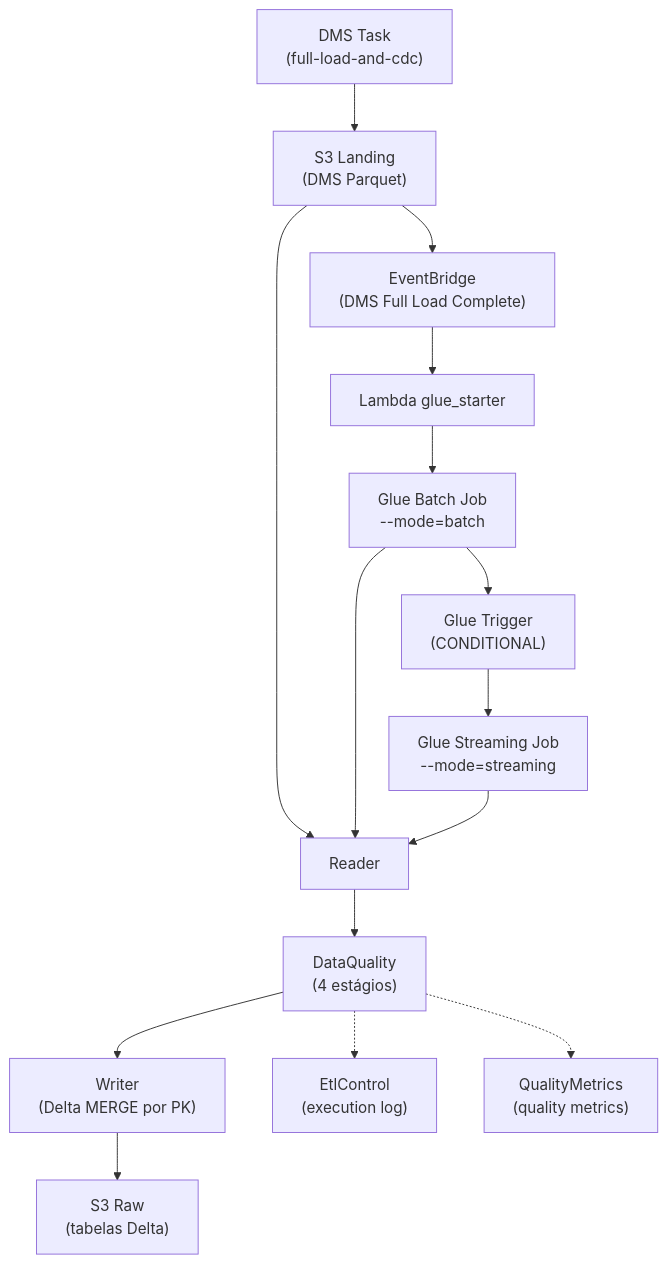
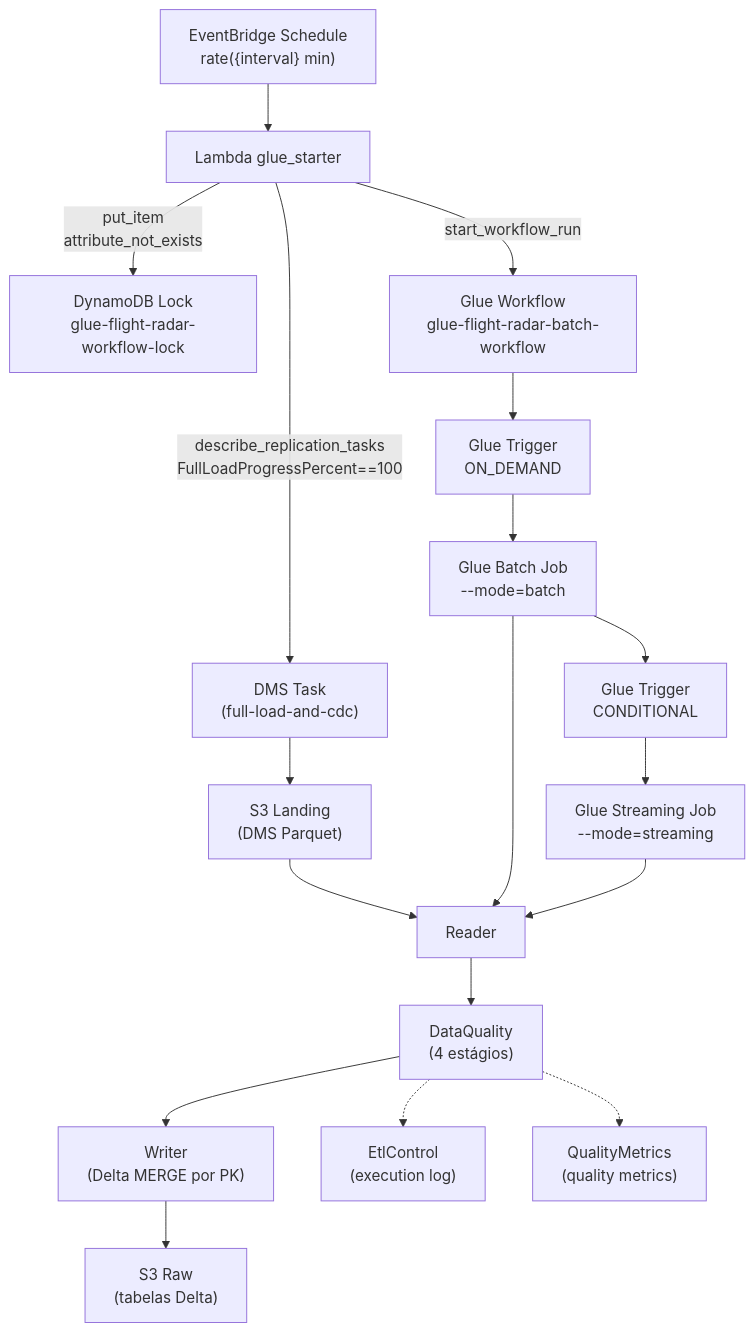
One commit to jamilvilela/aws-streaming-flight-radar-glue changed the diagram in docs-sdd/skill.md. Above: the diagram before and after it, drawn with Mermaid. The commit also changed other lines of this file and 18 other files, not shown here.

First line of the commit message:
feat: refactor Glue workflow trigger to use EventBridge schedule and add DynamoDB lock

````diff
--- a/docs-sdd/skill.md
+++ b/docs-sdd/skill.md
@@ -29,31 +29,37 @@
 ```mermaid
 flowchart TD
     DMS["DMS Task<br/>(full-load-and-cdc)"]
     LAND["S3 Landing<br/>(DMS Parquet)"]
-    EVB["EventBridge<br/>(DMS Full Load Complete)"]
+    SCHED["EventBridge Schedule<br/>rate({interval} min)"]
     LAMBDA["Lambda glue_starter"]
+    LOCK["DynamoDB Lock<br/>glue-flight-radar-workflow-lock"]
+    WF["Glue Workflow<br/>glue-flight-radar-batch-workflow"]
+    ON_DEMAND["Glue Trigger<br/>ON_DEMAND"]
     BATCH["Glue Batch Job<br/>--mode=batch"]
-    TRIG["Glue Trigger<br/>(CONDITIONAL)"]
+    TRIG["Glue Trigger<br/>CONDITIONAL"]
     STREAM["Glue Streaming Job<br/>--mode=streaming"]
     READER["Reader"]
     DQ["DataQuality<br/>(4 estágios)"]
     WRITER["Writer<br/>(Delta MERGE por PK)"]
     RAW["S3 Raw<br/>(tabelas Delta)"]
     ETL["EtlControl<br/>(execution log)"]
     QM["QualityMetrics<br/>(quality metrics)"]
 
     DMS --> LAND
-    LAND --> EVB
-    EVB --> LAMBDA
-    LAMBDA --> BATCH
+    SCHED --> LAMBDA
+    LAMBDA -->|describe_replication_tasks<br/>FullLoadProgressPercent==100| DMS
+    LAMBDA -->|put_item<br/>attribute_not_exists| LOCK
+    LAMBDA -->|start_workflow_run| WF
+    WF --> ON_DEMAND
+    ON_DEMAND --> BATCH
     BATCH --> TRIG
     TRIG --> STREAM
     LAND --> READER
     BATCH --> READER
     STREAM --> READER
     READER --> DQ
     DQ --> WRITER
     WRITER --> RAW
     DQ -.-> ETL
     DQ -.-> QM
 ```
````
